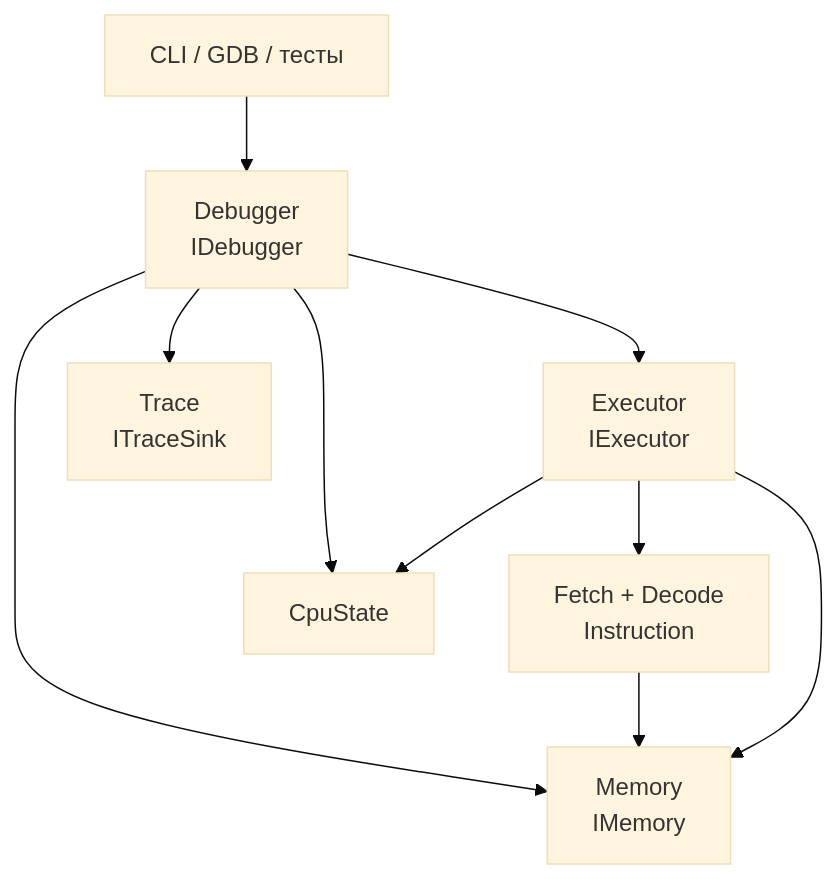
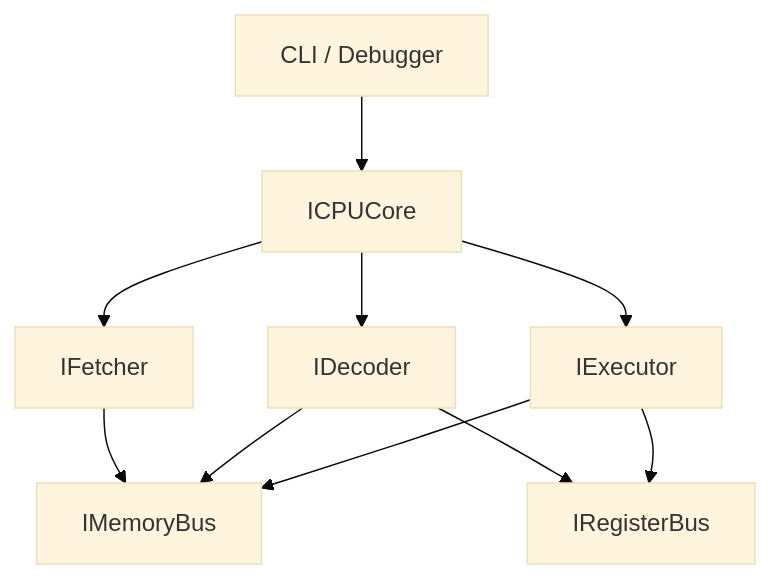
One commit to sigmochka1337/Siemens-Infineon-C166-Emulator changed the first of 2 diagrams in docs/architecture.md. Above: the diagram before and after it, drawn with Mermaid (base theme). The commit also changed other lines of this file and 36 other files, not shown here.

````diff
--- a/docs/architecture.md
+++ b/docs/architecture.md
@@ -9,12 +12,12 @@
 ```mermaid
 flowchart TD
-  Frontend["CLI / GDB / тесты"] --> Debugger["Debugger\nIDebugger"]
-  Debugger --> Executor["Executor\nIExecutor"]
-  Executor --> Decode["Fetch + Decode\nInstruction"]
-  Executor --> State["CpuState"]
-  Executor --> Memory["Memory\nIMemory"]
+  Frontend["CLI / Debugger"] --> Core["ICPUCore"]
+  Core --> Fetch["IFetcher"]
+  Core --> Decode["IDecoder"]
+  Core --> Executor["IExecutor"]
+  Fetch --> Memory["IMemoryBus"]
   Decode --> Memory
-  Debugger --> Trace["Trace\nITraceSink"]
-  Debugger --> State
-  Debugger --> Memory
+  Decode --> Registers["IRegisterBus"]
+  Executor --> Memory
+  Executor --> Registers
 ```
````
